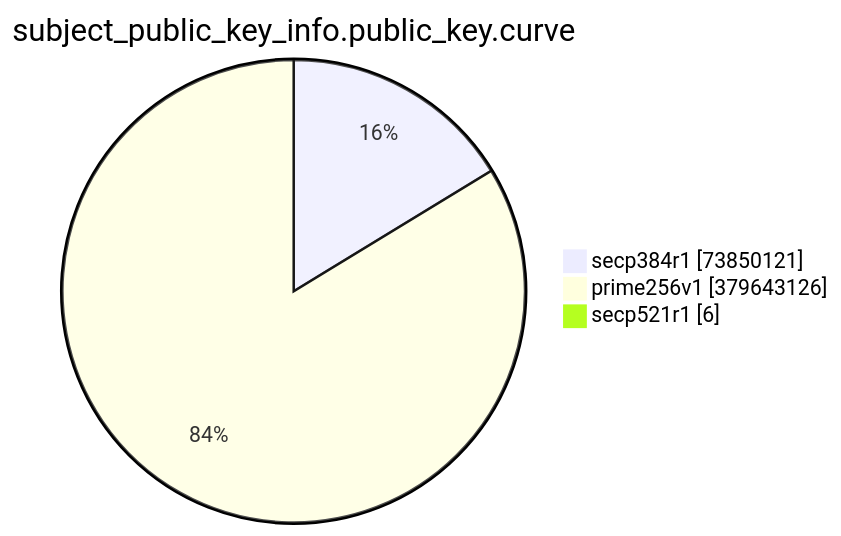
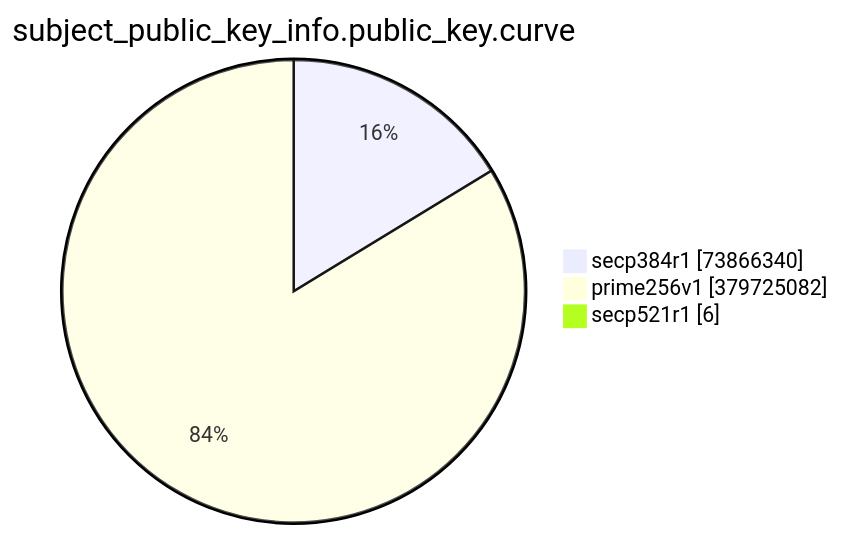
Before and after one commit to christiankrug/ctmonitor_visualization: the eighth of 15 diagrams in TOTAL/README.md, drawn with Mermaid. The commit also changed other lines of this file, not shown here.

````diff
--- a/TOTAL/README.md
+++ b/TOTAL/README.md
@@ -3094,7 +3094,7 @@
 ```mermaid
 pie showData
 title subject_public_key_info.public_key.curve
-"secp384r1" :73850121
-"prime256v1" :379643126
+"secp384r1" :73866340
+"prime256v1" :379725082
 "secp521r1" :6
 ```
````
